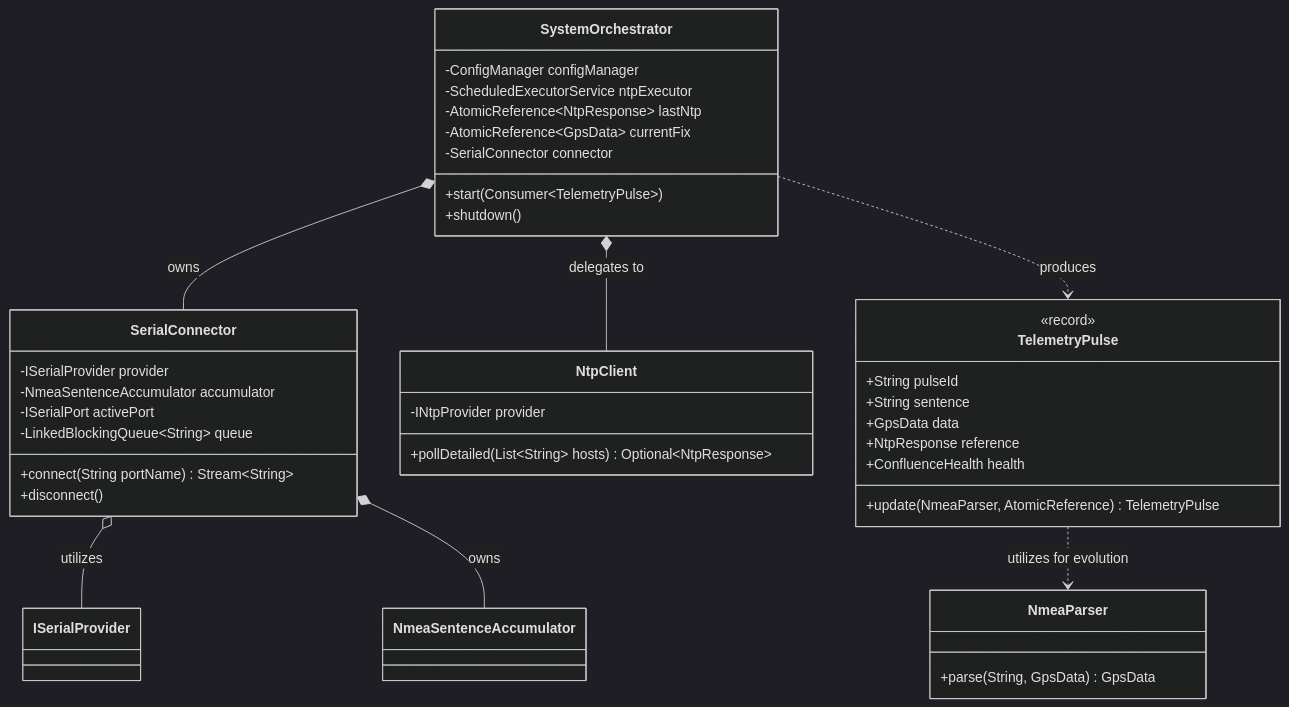
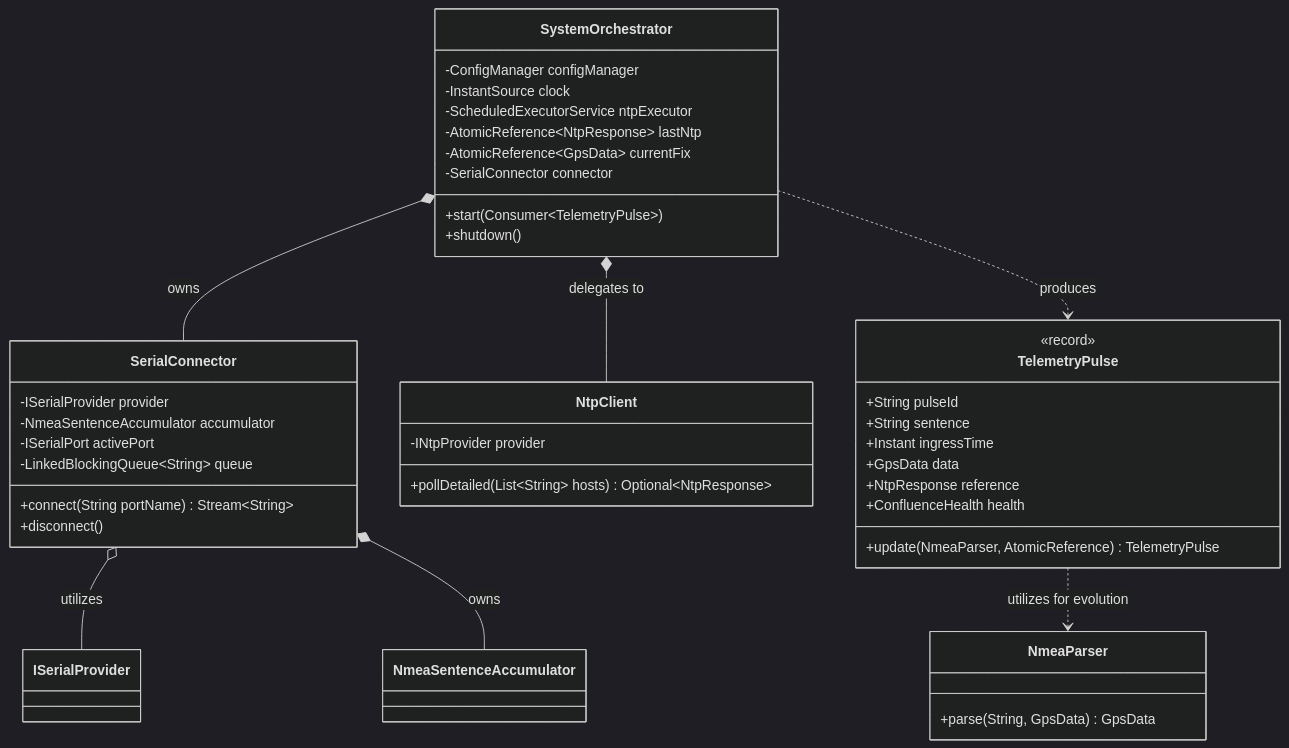
Before and after one commit to N8QQQ/qtr-qth: the first of 4 diagrams in docs/architecture/ARCHITECTURE.md, drawn with Mermaid (dark theme). The commit also changed other lines of this file and 12 other files, not shown here.

````diff
--- a/docs/architecture/ARCHITECTURE.md
+++ b/docs/architecture/ARCHITECTURE.md
@@ -12,49 +12,51 @@
 ```mermaid
 classDiagram
     direction TB
     
     class SystemOrchestrator {
         -ConfigManager configManager
+        -InstantSource clock
         -ScheduledExecutorService ntpExecutor
         -AtomicReference~NtpResponse~ lastNtp
         -AtomicReference~GpsData~ currentFix
         -SerialConnector connector
         +start(Consumer~TelemetryPulse~)
         +shutdown()
     }
 
     class SerialConnector {
         -ISerialProvider provider
         -NmeaSentenceAccumulator accumulator
         -ISerialPort activePort
         -LinkedBlockingQueue~String~ queue
         +connect(String portName) Stream~String~
         +disconnect()
     }
 
     class NtpClient {
         -INtpProvider provider
         +pollDetailed(List~String~ hosts) Optional~NtpResponse~
     }
 
     class TelemetryPulse {
         <<record>>
         +String pulseId
         +String sentence
+        +Instant ingressTime
         +GpsData data
         +NtpResponse reference
         +ConfluenceHealth health
         +update(NmeaParser, AtomicReference) TelemetryPulse
     }
 
     class NmeaParser {
         +parse(String, GpsData) GpsData
     }
 
     SystemOrchestrator *-- SerialConnector : owns
     SystemOrchestrator *-- NtpClient : delegates to
     SystemOrchestrator ..> TelemetryPulse : produces
     SerialConnector o-- ISerialProvider : utilizes
     SerialConnector *-- NmeaSentenceAccumulator : owns
     TelemetryPulse ..> NmeaParser : utilizes for evolution
 ```
````
